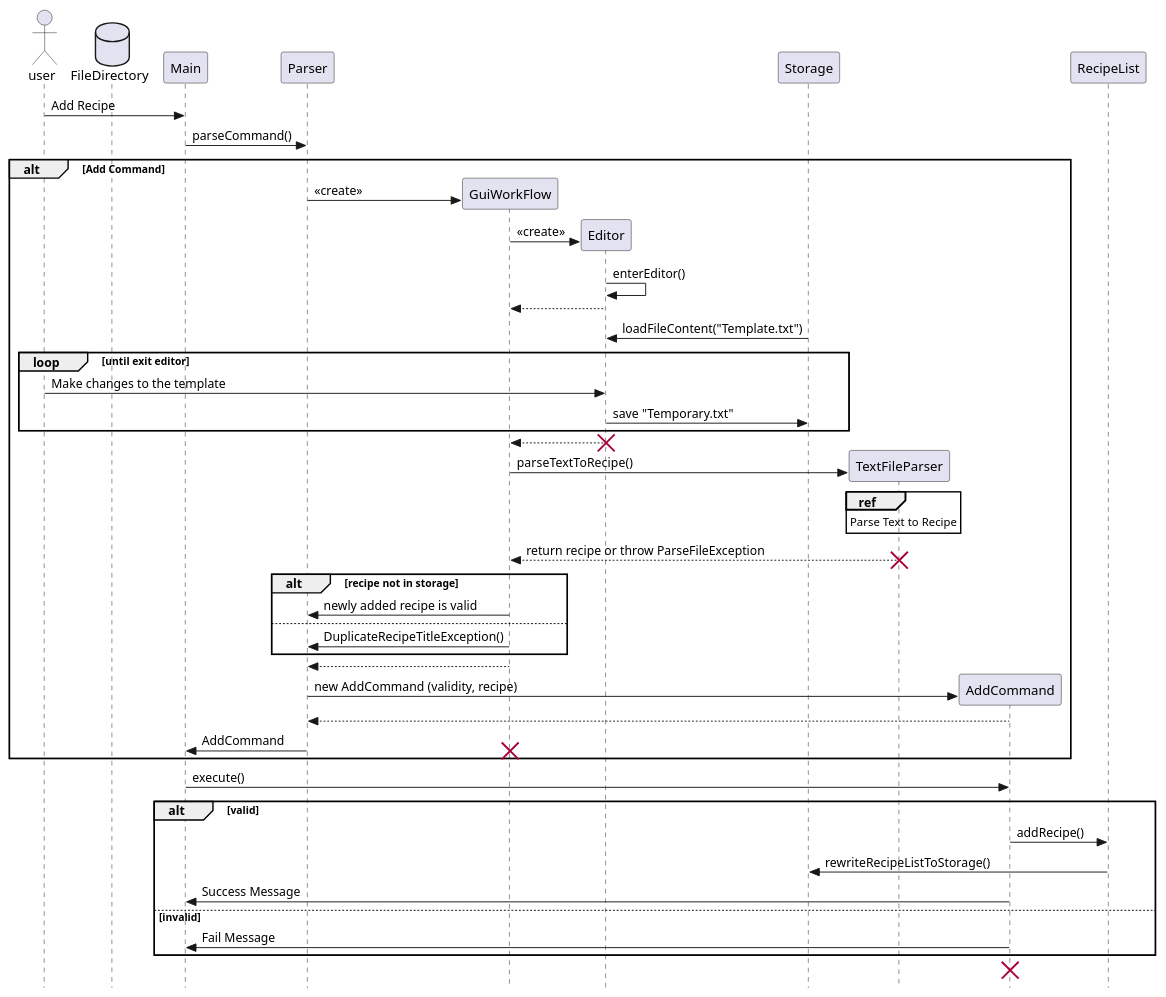
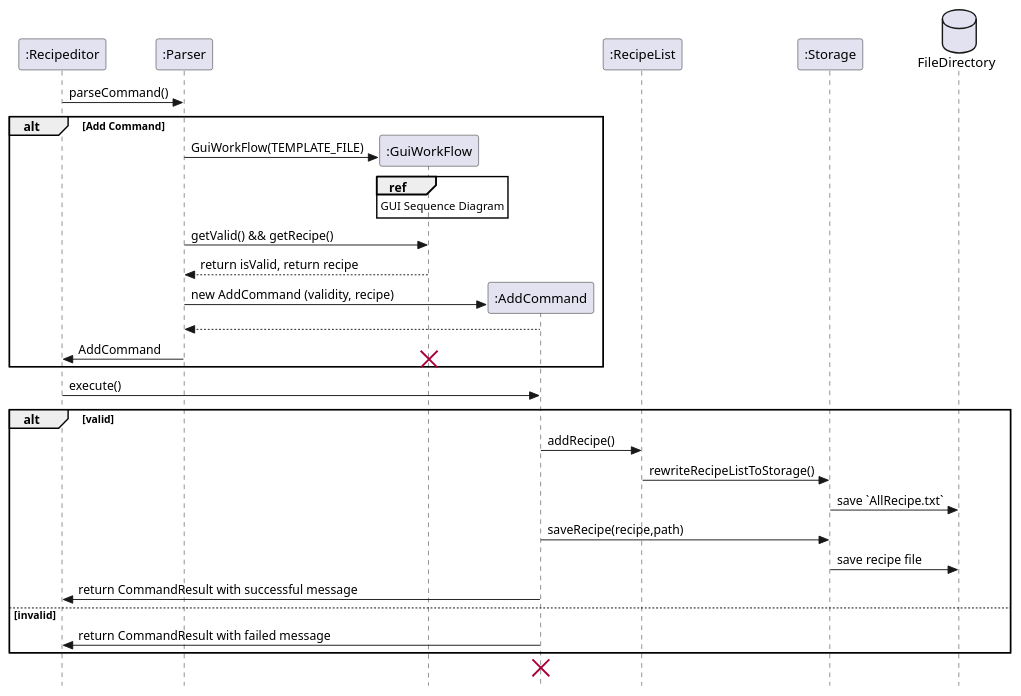
One commit to nus-cs2113-AY2223S1/tp changed the diagram in docs/SequenceDiagram/AddEditor.puml. Above: the diagram before and after it, drawn with PlantUML. The commit also changed 18 other files, not shown here.

```diff
--- a/docs/SequenceDiagram/AddEditor.puml
+++ b/docs/SequenceDiagram/AddEditor.puml
@@ -1,60 +1,41 @@
 @startuml
 skinparam Style strictuml
-actor user
+participant ":Recipeditor" as Main
+participant ":Parser" as Parser
+participant ":GuiWorkFlow" as GuiWorkFlow
+participant ":AddCommand" as AddCommand
+participant ":RecipeList" as RecipeList
+participant ":Storage" as Storage
 database FileDirectory
-user -> Main : Add Recipe
-Main -> Parser: parseCommand()
-create Parser
-create GuiWorkFlow
+
+Main-> Parser: parseCommand()
 
 alt Add Command
-Parser -> GuiWorkFlow: <<create>>
-
-create Editor
-GuiWorkFlow -> Editor: <<create>>
-
-Editor -> Editor : enterEditor()
-Editor --> GuiWorkFlow:
-Storage -> Editor: loadFileContent("Template.txt")
-
-loop until exit editor
-user -> Editor: Make changes to the template
-Editor -> Storage: save "Temporary.txt"
+create GuiWorkFlow
+Parser -> GuiWorkFlow: GuiWorkFlow(TEMPLATE_FILE)
+ref over GuiWorkFlow
+GUI Sequence Diagram
 end
-
-Editor --> GuiWorkFlow:
-destroy Editor
-
-create TextFileParser
-GuiWorkFlow -> TextFileParser: parseTextToRecipe()
-ref over TextFileParser
-Parse Text to Recipe
-end
-TextFileParser --> GuiWorkFlow: return recipe or throw ParseFileException
-destroy TextFileParser
-
-alt recipe not in storage
-    GuiWorkFlow -> Parser: newly added recipe is valid
-else
-    GuiWorkFlow -> Parser: DuplicateRecipeTitleException()
-end
-
-GuiWorkFlow --> Parser:
+Parser -> GuiWorkFlow: getValid() && getRecipe()
+GuiWorkFlow --> Parser: return isValid, return recipe
 
 create AddCommand
 Parser -> AddCommand: new AddCommand (validity, recipe)
 AddCommand --> Parser:
 Parser -> Main : AddCommand
 destroy GuiWorkFlow
 end
 Main -> AddCommand: execute()
 alt valid
     AddCommand -> RecipeList: addRecipe()
     RecipeList -> Storage: rewriteRecipeListToStorage()
-    AddCommand -> Main: Success Message
+    Storage -> FileDirectory: save `AllRecipe.txt`
+    AddCommand -> Storage: saveRecipe(recipe,path)
+    Storage -> FileDirectory: save recipe file
+    AddCommand -> Main: return CommandResult with successful message
 else invalid
-    AddCommand -> Main: Fail Message
+    AddCommand -> Main: return CommandResult with failed message
 end
 destroy AddCommand
 
 @enduml
```
